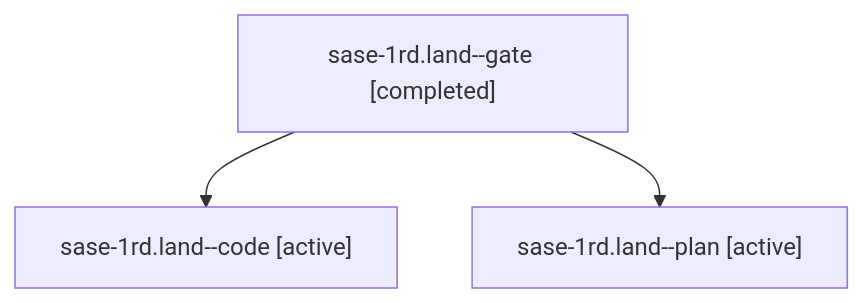
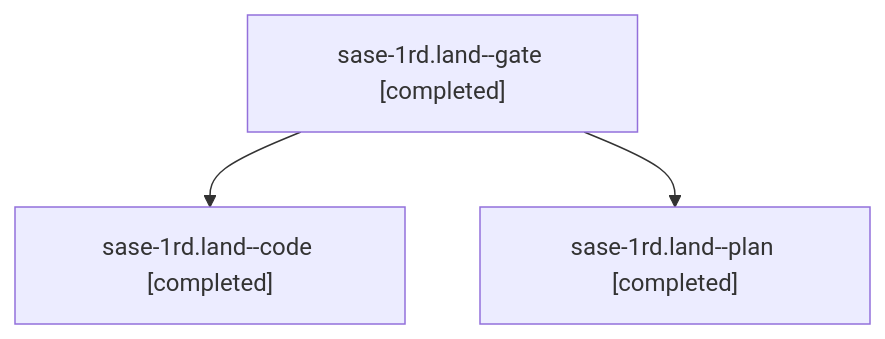
Before and after one commit to sase-org/sase--agents: the diagram in sessions/bbugyi200.athena.sase-1rd.land.md, drawn with Mermaid. The commit also changed other lines of this file and 19 other files, not shown here.

````diff
--- a/sessions/bbugyi200.athena.sase-1rd.land.md
+++ b/sessions/bbugyi200.athena.sase-1rd.land.md
@@ -9,8 +9,8 @@
 ```mermaid
 flowchart TD
   n0["sase-1rd.land--gate [completed]"]
-  n1["sase-1rd.land--code [active]"]
+  n1["sase-1rd.land--code [completed]"]
   n0 --> n1
-  n2["sase-1rd.land--plan [active]"]
+  n2["sase-1rd.land--plan [completed]"]
   n0 --> n2
 ```
````
